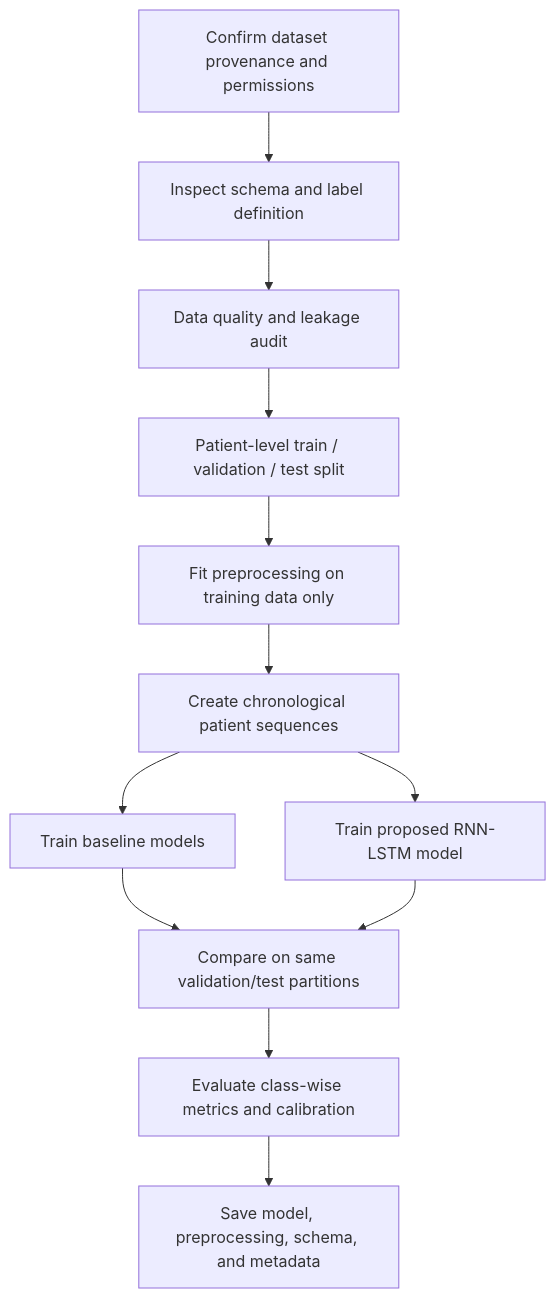
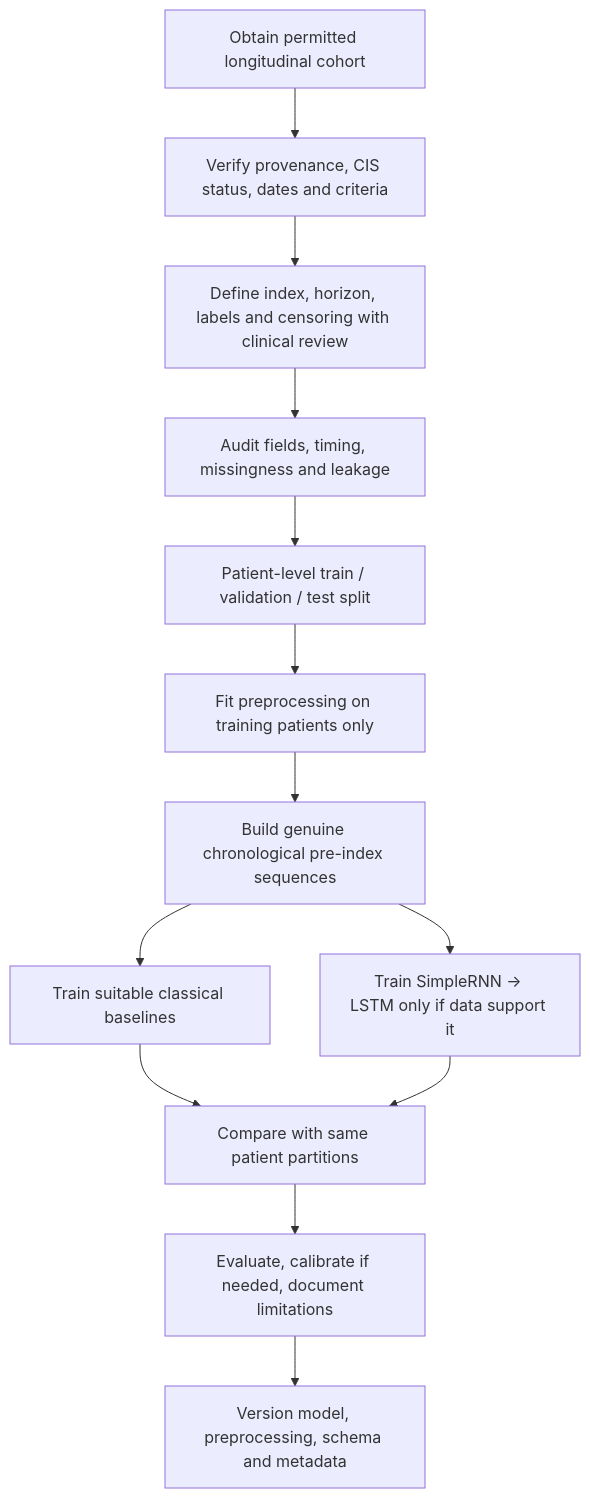
The first of 3 diagrams in MS_Prediction_Project_Handoff/06_WORKFLOWS.md (yashrajagawane/NeuroPredict-MS), drawn with Mermaid before and after one commit. The commit also changed other lines of this file and 21 other files, not shown here.

Commit message:
Define CIS-to-MS research and application requirements

````diff
--- a/MS_Prediction_Project_Handoff/06_WORKFLOWS.md
+++ b/MS_Prediction_Project_Handoff/06_WORKFLOWS.md
@@ -5,14 +5,15 @@
 ```mermaid
 flowchart TD
-    A[Confirm dataset provenance and permissions] --> B[Inspect schema and label definition]
-    B --> C[Data quality and leakage audit]
-    C --> D[Patient-level train / validation / test split]
-    D --> E[Fit preprocessing on training data only]
-    E --> F[Create chronological patient sequences]
-    F --> G[Train baseline models]
-    F --> H[Train proposed RNN-LSTM model]
-    G --> I[Compare on same validation/test partitions]
-    H --> I
-    I --> J[Evaluate class-wise metrics and calibration]
-    J --> K[Save model, preprocessing, schema, and metadata]
+    A[Obtain permitted longitudinal cohort] --> B[Verify provenance, CIS status, dates and criteria]
+    B --> C[Define index, horizon, labels and censoring with clinical review]
+    C --> D[Audit fields, timing, missingness and leakage]
+    D --> E[Patient-level train / validation / test split]
+    E --> F[Fit preprocessing on training patients only]
+    F --> G[Build genuine chronological pre-index sequences]
+    G --> H[Train suitable classical baselines]
+    G --> I[Train SimpleRNN → LSTM only if data support it]
+    H --> J[Compare with same patient partitions]
+    I --> J
+    J --> K[Evaluate, calibrate if needed, document limitations]
+    K --> L[Version model, preprocessing, schema and metadata]
 ```
````
